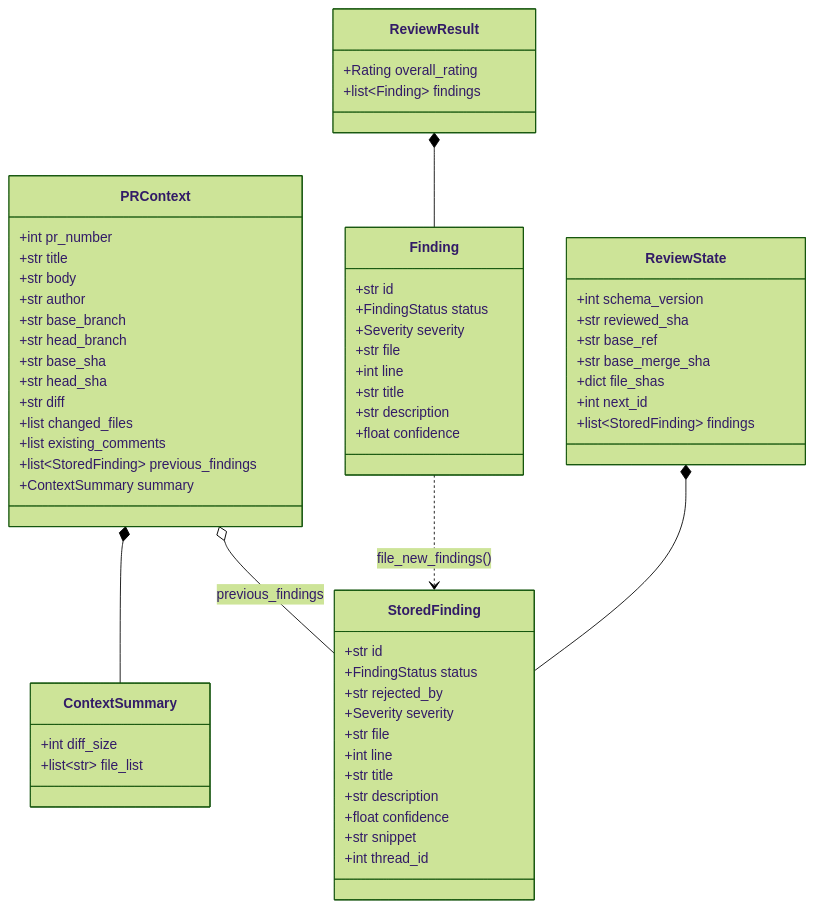
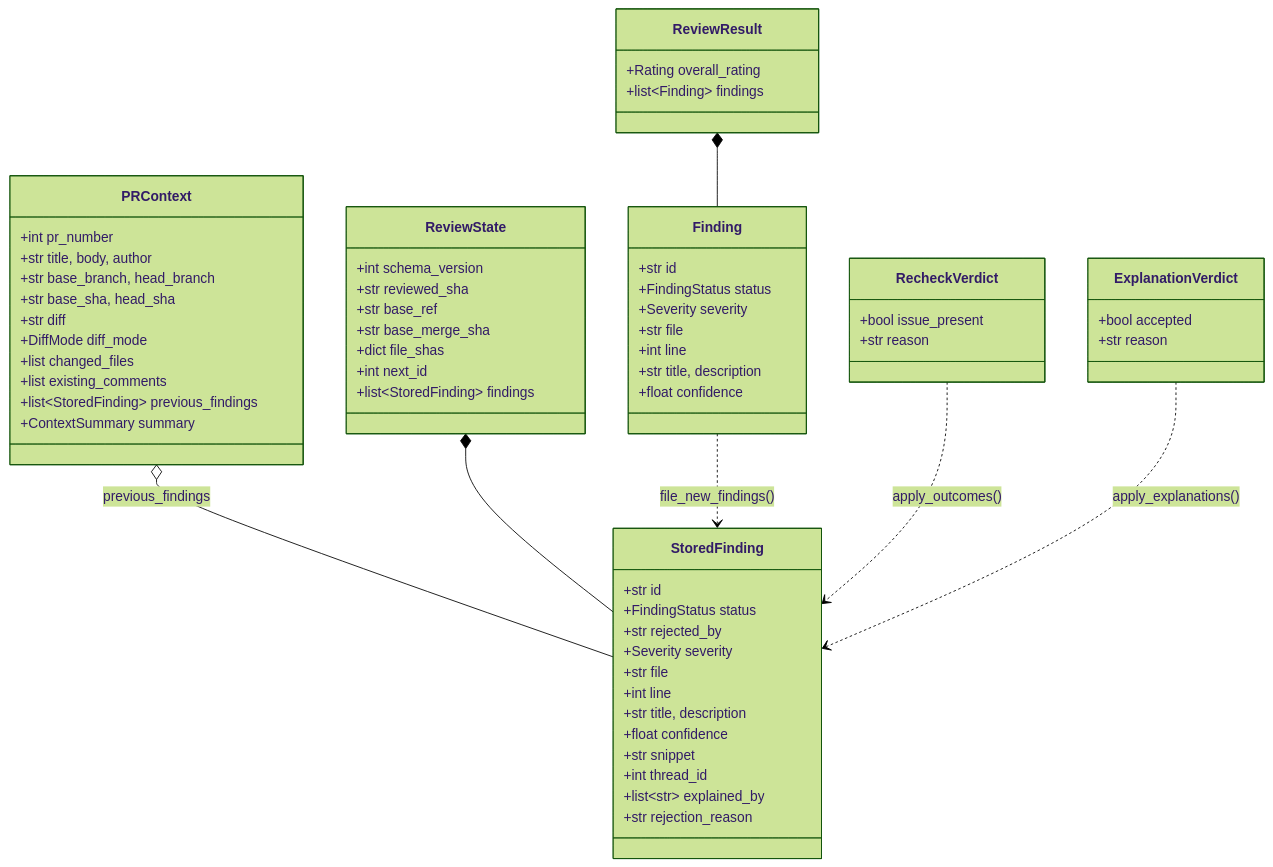
One commit to bryanChatsirichai/github_agentic_pr_reviewer changed the sixth of 14 diagrams in docs/agentic-pr-review-system-design.v1.md. Above: the diagram before and after it, drawn with Mermaid (forest theme). The commit also changed other lines of this file and 3 other files, not shown here.

Commit message:
Docs: Update architecture and roadmap

````diff
--- a/docs/agentic-pr-review-system-design.v1.md
+++ b/docs/agentic-pr-review-system-design.v1.md
@@ -381,63 +280,65 @@
 ```mermaid
 classDiagram
     class PRContext {
         +int pr_number
-        +str title
-        +str body
-        +str author
-        +str base_branch
-        +str head_branch
-        +str base_sha
-        +str head_sha
+        +str title, body, author
+        +str base_branch, head_branch
+        +str base_sha, head_sha
         +str diff
+        +DiffMode diff_mode
         +list changed_files
         +list existing_comments
         +list~StoredFinding~ previous_findings
         +ContextSummary summary
-    }
-    class ContextSummary {
-        +int diff_size
-        +list~str~ file_list
     }
     class ReviewResult {
         +Rating overall_rating
         +list~Finding~ findings
     }
     class Finding {
         +str id
         +FindingStatus status
         +Severity severity
         +str file
         +int line
-        +str title
-        +str description
+        +str title, description
         +float confidence
     }
     class ReviewState {
         +int schema_version
         +str reviewed_sha
         +str base_ref
         +str base_merge_sha
         +dict file_shas
         +int next_id
         +list~StoredFinding~ findings
     }
     class StoredFinding {
         +str id
         +FindingStatus status
         +str rejected_by
         +Severity severity
         +str file
         +int line
-        +str title
-        +str description
+        +str title, description
         +float confidence
         +str snippet
         +int thread_id
+        +list~str~ explained_by
+        +str rejection_reason
     }
-    PRContext *-- ContextSummary
+    class RecheckVerdict {
+        +bool issue_present
+        +str reason
+    }
+    class ExplanationVerdict {
+        +bool accepted
+        +str reason
+    }
     PRContext o-- StoredFinding : previous_findings
     ReviewResult *-- Finding
     ReviewState *-- StoredFinding
     Finding ..> StoredFinding : file_new_findings()
+    RecheckVerdict ..> StoredFinding : apply_outcomes()
+    ExplanationVerdict ..> StoredFinding : apply_explanations()
 ```
````
